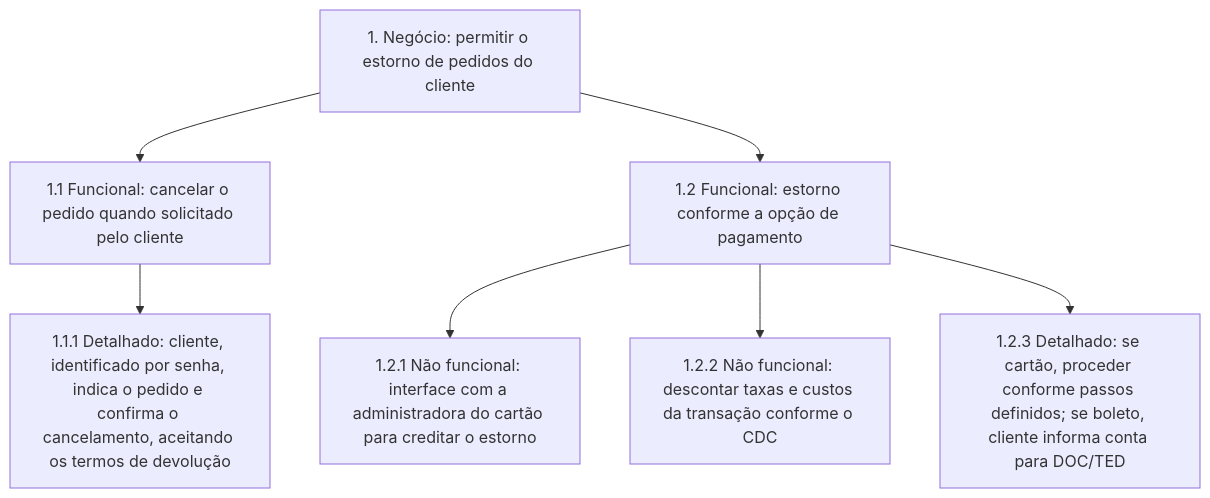
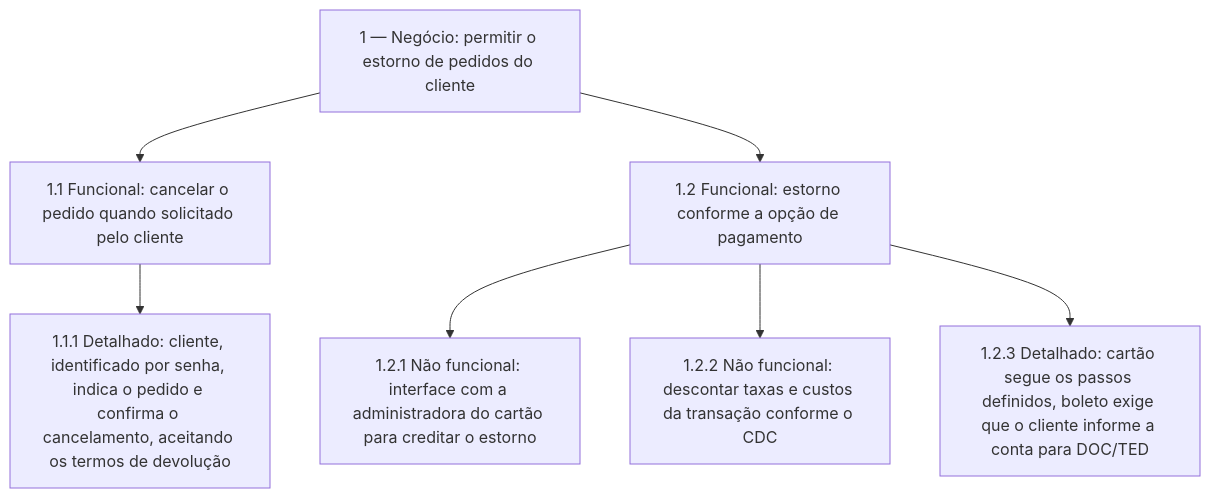
One commit to NishiyaKN/obsidian changed the second of 2 diagrams in 000 USCS/QDS/1. Fundamentos.md. Above: the diagram before and after it, drawn with Mermaid. The commit also changed other lines of this file and 20 other files, not shown here.

````diff
--- a/000 USCS/QDS/1. Fundamentos.md
+++ b/000 USCS/QDS/1. Fundamentos.md
@@ -586,9 +615,9 @@
 ```mermaid
 flowchart TD
-    N1["1. Negócio: permitir o estorno de pedidos do cliente"] --> F11["1.1 Funcional: cancelar o pedido quando solicitado pelo cliente"]
+    N1["1 — Negócio: permitir o estorno de pedidos do cliente"] --> F11["1.1 Funcional: cancelar o pedido quando solicitado pelo cliente"]
     N1 --> F12["1.2 Funcional: estorno conforme a opção de pagamento"]
     F11 --> D111["1.1.1 Detalhado: cliente, identificado por senha, indica o pedido e confirma o cancelamento, aceitando os termos de devolução"]
     F12 --> NF121["1.2.1 Não funcional: interface com a administradora do cartão para creditar o estorno"]
     F12 --> NF122["1.2.2 Não funcional: descontar taxas e custos da transação conforme o CDC"]
-    F12 --> D123["1.2.3 Detalhado: se cartão, proceder conforme passos definidos; se boleto, cliente informa conta para DOC/TED"]
+    F12 --> D123["1.2.3 Detalhado: cartão segue os passos definidos, boleto exige que o cliente informe a conta para DOC/TED"]
 ```
````
